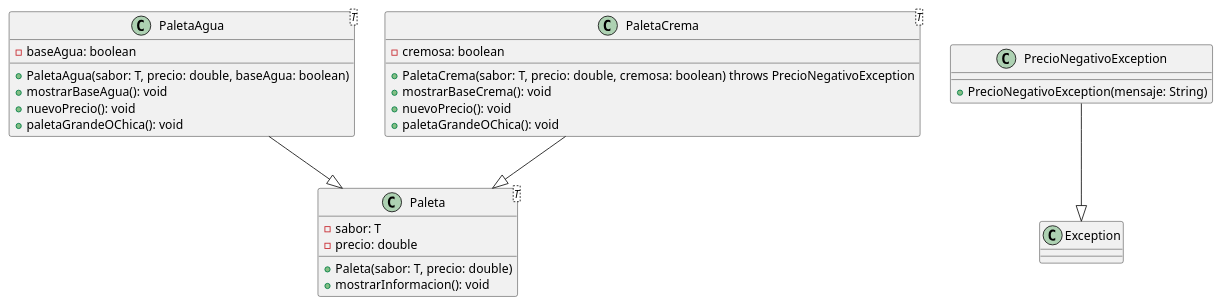
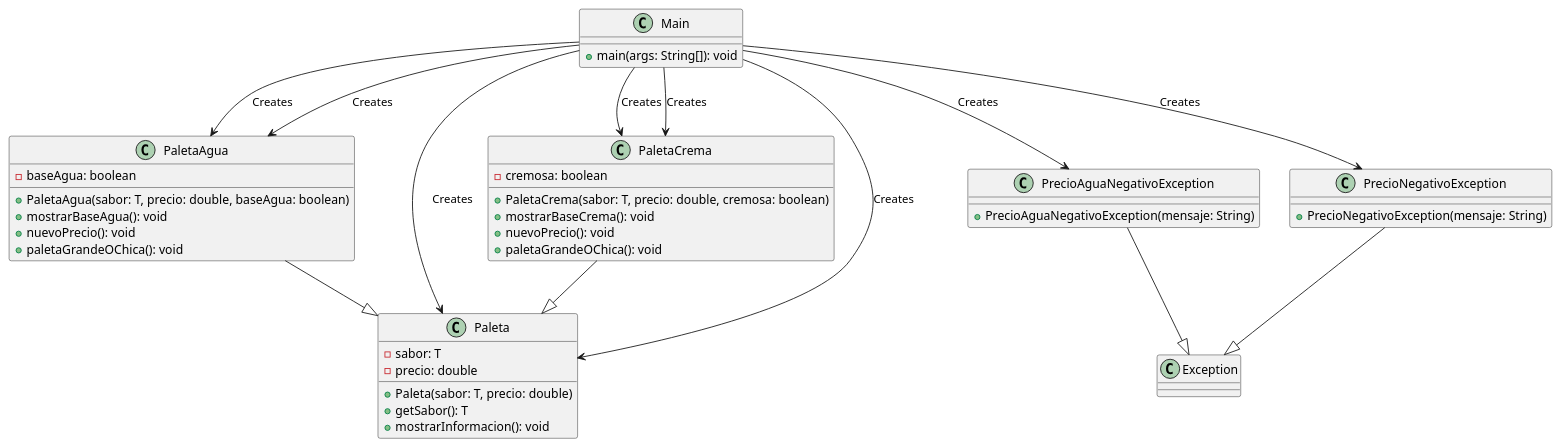
The diagram in Diagrama.wsd (DorianYael1223/EjercicioHerencia3), drawn with PlantUML before and after one commit. The commit also changed 4 other files, not shown here.

```diff
--- a/Diagrama.wsd
+++ b/Diagrama.wsd
@@ -1,34 +1,60 @@
-@startuml
+@startuml Paleta
 
-class Paleta<T> {
-    -sabor: T
-    -precio: double
-    +Paleta(sabor: T, precio: double)
-    +mostrarInformacion(): void
+' Define the generic class for paleta
+class Paleta {
+    - sabor: T
+    - precio: double
+    + Paleta(sabor: T, precio: double)
+    + getSabor(): T
+    + mostrarInformacion(): void
 }
 
-class PaletaAgua<T> {
-    -baseAgua: boolean
-    +PaletaAgua(sabor: T, precio: double, baseAgua: boolean)
-    +mostrarBaseAgua(): void
-    +nuevoPrecio(): void
-    +paletaGrandeOChica(): void
+' Define the class for PaletaAgua
+class PaletaAgua {
+    - baseAgua: boolean
+    + PaletaAgua(sabor: T, precio: double, baseAgua: boolean)
+    + mostrarBaseAgua(): void
+    + nuevoPrecio(): void
+    + paletaGrandeOChica(): void
 }
 
-class PaletaCrema<T> {
-    -cremosa: boolean
-    +PaletaCrema(sabor: T, precio: double, cremosa: boolean) throws PrecioNegativoException
-    +mostrarBaseCrema(): void
-    +nuevoPrecio(): void
-    +paletaGrandeOChica(): void
+' Define the class for PrecioAguaNegativoException
+class PrecioAguaNegativoException {
+    + PrecioAguaNegativoException(mensaje: String)
 }
 
-class PrecioNegativoException {
-    +PrecioNegativoException(mensaje: String)
+' Define the class for PaletaCrema
+class PaletaCrema {
+    - cremosa: boolean
+    + PaletaCrema(sabor: T, precio: double, cremosa: boolean)
+    + mostrarBaseCrema(): void
+    + nuevoPrecio(): void
+    + paletaGrandeOChica(): void
 }
 
+' Define the class for PrecioNegativoException
+class PrecioNegativoException {
+    + PrecioNegativoException(mensaje: String)
+}
+
+' Define the relationships
 PaletaAgua --|> Paleta
+PrecioAguaNegativoException --|> Exception
 PaletaCrema --|> Paleta
 PrecioNegativoException --|> Exception
+Main --> Paleta: Creates
+Main --> PaletaAgua: Creates
+Main --> PaletaCrema: Creates
+
+' Main class
+class Main {
+    + main(args: String[]): void
+}
+
+Main --> Paleta: Creates
+Main --> PaletaAgua: Creates
+Main --> PrecioAguaNegativoException: Creates
+Main --> PaletaCrema: Creates
+Main --> PrecioNegativoException: Creates
 
 @enduml
```
